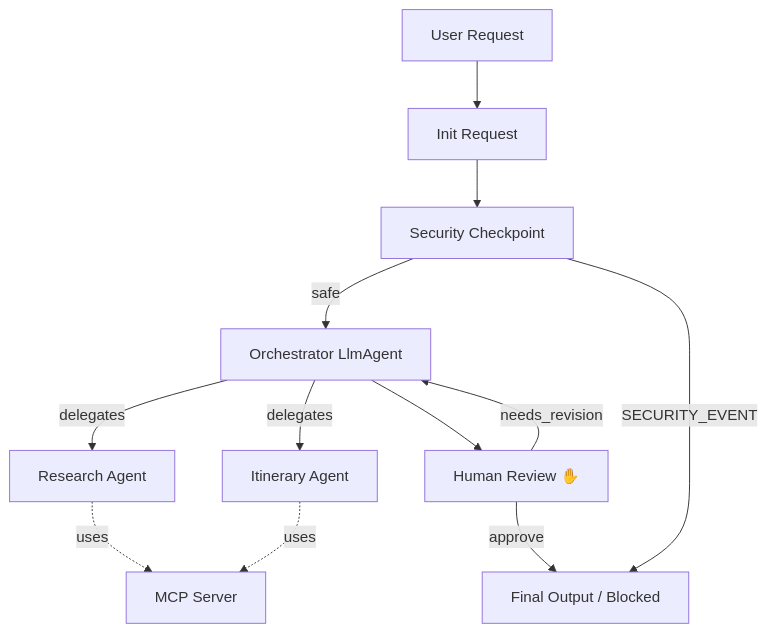
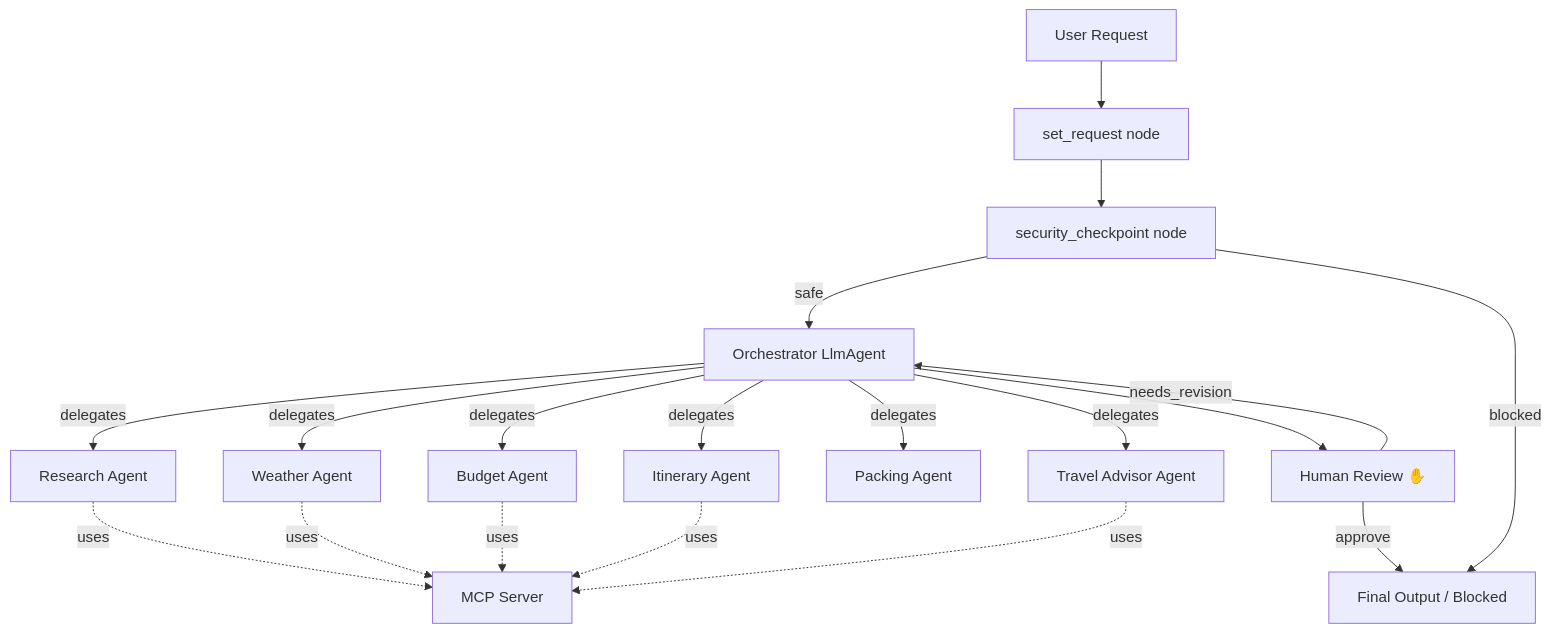
The diagram in README.md (pooja11096/TravelMate-AI), drawn with Mermaid before and after one commit. The commit also changed 1 other file, not shown here.

Commit message:
add budget agent, weather agent and packing agent

````diff
--- a/README.md
+++ b/README.md
@@ -20,17 +20,24 @@
 ```mermaid
 graph TD
-    user_query[User Request] --> init_node[Init Request]
-    init_node --> sec_chk[Security Checkpoint]
+    user_query[User Request] --> set_req[set_request node]
+    set_req --> sec_chk[security_checkpoint node]
     sec_chk -- safe --> orch_agent[Orchestrator LlmAgent]
-    sec_chk -- SECURITY_EVENT --> final_output[Final Output / Blocked]
+    sec_chk -- blocked --> final_output[Final Output / Blocked]
     
     orch_agent -- delegates --> res_agent[Research Agent]
+    orch_agent -- delegates --> weather_agent[Weather Agent]
+    orch_agent -- delegates --> budget_agent[Budget Agent]
     orch_agent -- delegates --> itin_agent[Itinerary Agent]
+    orch_agent -- delegates --> packing_agent[Packing Agent]
+    orch_agent -- delegates --> advisor_agent[Travel Advisor Agent]
     
     res_agent -. uses .-> mcp_server[MCP Server]
+    weather_agent -. uses .-> mcp_server[MCP Server]
+    budget_agent -. uses .-> mcp_server[MCP Server]
     itin_agent -. uses .-> mcp_server[MCP Server]
+    advisor_agent -. uses .-> mcp_server[MCP Server]
     
     orch_agent --> hitl[Human Review ✋]
     hitl -- approve --> final_output
     hitl -- needs_revision --> orch_agent
 ```
````
